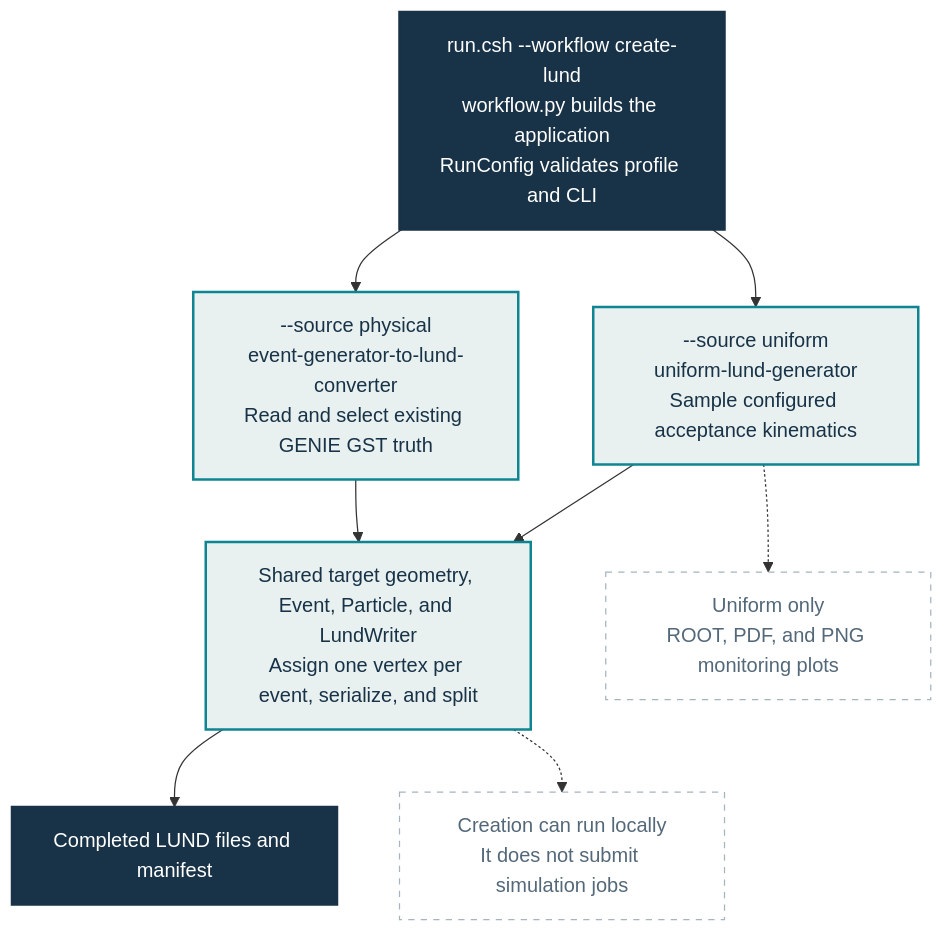
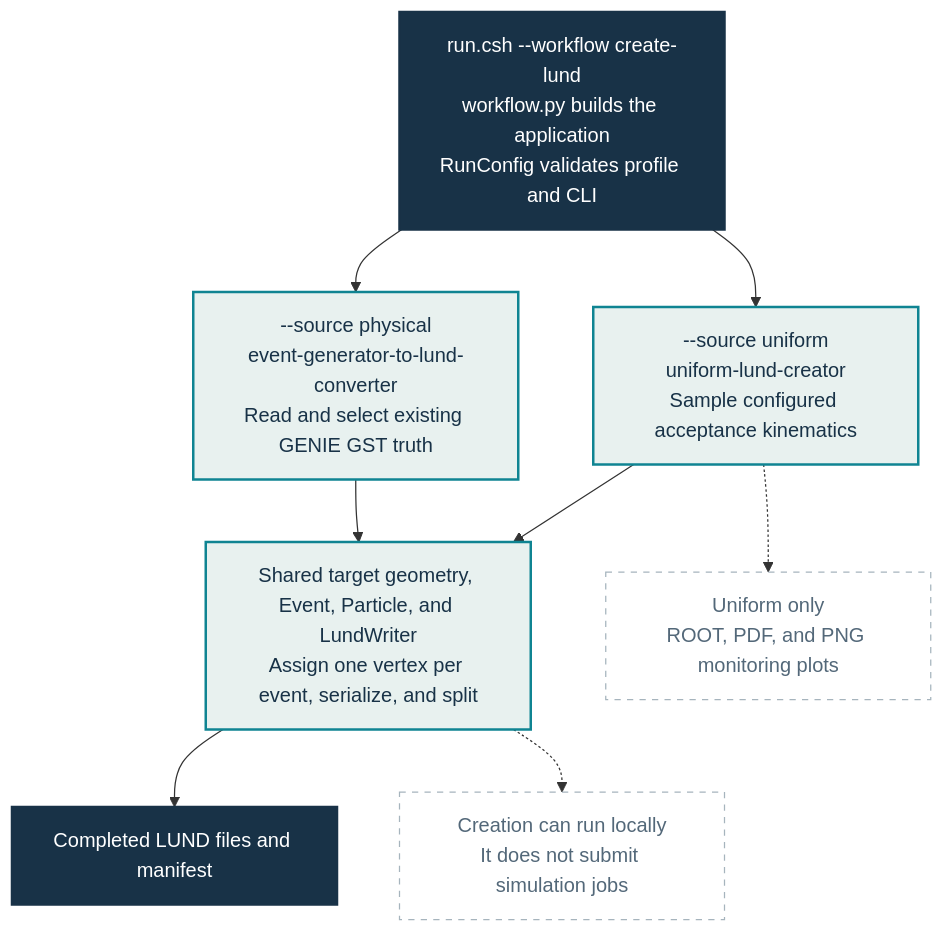
One commit to alons126/CLAS12-sample-generator changed the diagram in docs/create-lund/index.md. Above: the diagram before and after it, drawn with Mermaid. The commit also changed 21 other files, not shown here.

Commit message:
Rename uniform LUND executable as creator

````diff
--- a/docs/create-lund/index.md
+++ b/docs/create-lund/index.md
@@ -5,25 +5,25 @@
 ```mermaid
 flowchart TD
     BUILD["run.csh --workflow create-lund<br/>workflow.py builds the application<br/>RunConfig validates profile and CLI"]
-    U["--source uniform<br/>uniform-lund-generator<br/>Sample configured acceptance kinematics"]
+    U["--source uniform<br/>uniform-lund-creator<br/>Sample configured acceptance kinematics"]
     P["--source physical<br/>event-generator-to-lund-converter<br/>Read and select existing GENIE GST truth"]
     SHARED["Shared target geometry, Event, Particle, and LundWriter<br/>Assign one vertex per event, serialize, and split"]
     DONE["Completed LUND files and manifest"]
     MONITORING["Uniform only<br/>ROOT, PDF, and PNG monitoring plots"]
     LOCAL["Creation can run locally<br/>It does not submit simulation jobs"]
 
     BUILD --> U
     BUILD --> P
     U --> SHARED
     P --> SHARED
     SHARED --> DONE
     U -.-> MONITORING
     SHARED -.-> LOCAL
 
     classDef endpoint fill:#183247,color:#ffffff,stroke:#183247,stroke-width:2px;
     classDef stage fill:#e8f1ef,color:#183247,stroke:#0f8492,stroke-width:2px;
     classDef note fill:#ffffff,color:#536879,stroke:#a6b4bd,stroke-dasharray:5 5;
     class BUILD,DONE endpoint;
     class U,P,SHARED stage;
     class MONITORING,LOCAL note;
 ```
````
